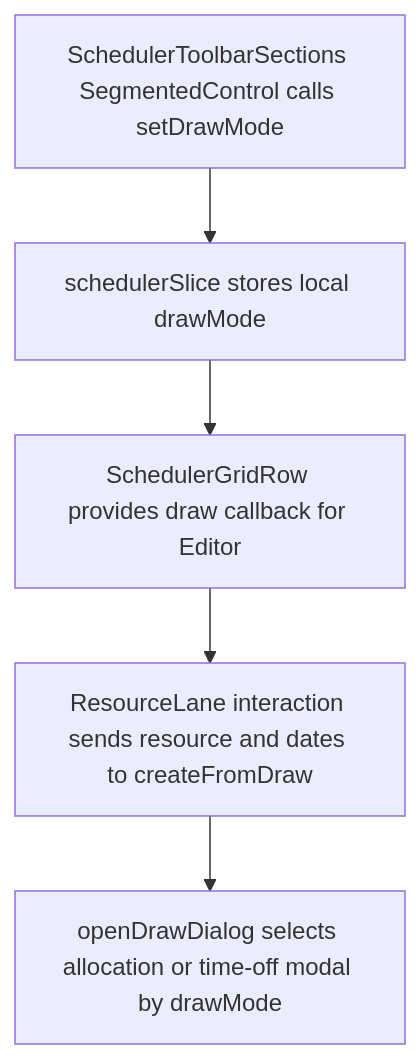
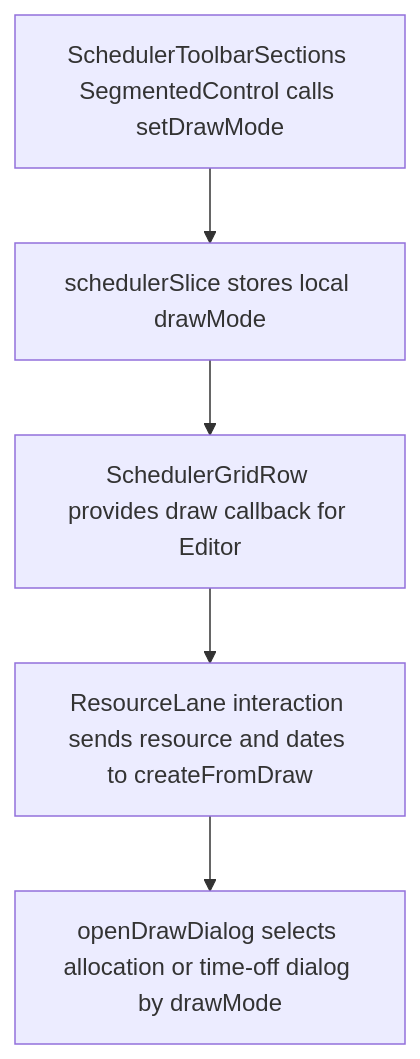
The second of 2 diagrams in user-stories/toolbar/US-TBR-05-draw-mode.md (Kevinjohn/capacitylens), drawn with Mermaid before and after one commit. The commit also changed 88 other files, not shown here.

First line of the commit message:
Modal to dialog: rename the form dialog wrapper and remaining names

````diff
--- a/user-stories/toolbar/US-TBR-05-draw-mode.md
+++ b/user-stories/toolbar/US-TBR-05-draw-mode.md
@@ -37,7 +37,7 @@
 ```mermaid
 flowchart TD
   A["SchedulerToolbarSections SegmentedControl calls setDrawMode"] --> B["schedulerSlice stores local drawMode"]
   B --> C["SchedulerGridRow provides draw callback for Editor"]
   C --> D["ResourceLane interaction sends resource and dates to createFromDraw"]
-  D --> E["openDrawDialog selects allocation or time-off modal by drawMode"]
+  D --> E["openDrawDialog selects allocation or time-off dialog by drawMode"]
 ```
````
